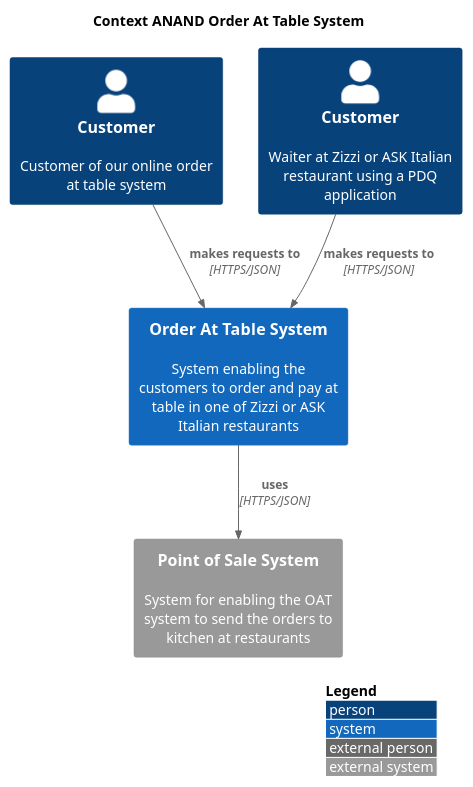
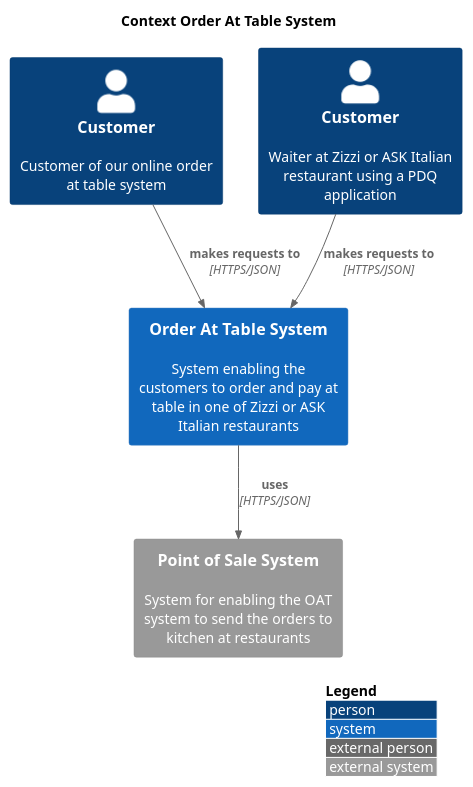
Before and after one commit to anandakumarpalanisamy/css-recipes: the diagram in uml/oatcontext2.puml, drawn with PlantUML.

```diff
--- a/uml/oatcontext2.puml
+++ b/uml/oatcontext2.puml
@@ -3,17 +3,17 @@
 @startuml
 !include https://raw.githubusercontent.com/plantuml-stdlib/C4-PlantUML/master/C4_Context.puml
 
 LAYOUT_WITH_LEGEND()
 
-title Context ANAND Order At Table System
+title Context Order At Table System
 
 Person(ecommCustomer, Customer, "Customer of our online order at table system")
 Person(pdqWaiter, Customer, "Waiter at Zizzi or ASK Italian restaurant using a PDQ application")
 System(oat, "Order At Table System", "System enabling the customers to order and pay at table in one of Zizzi or ASK Italian restaurants")
 System_Ext(comtrex, "Point of Sale System", "System for enabling the OAT system to send the orders to kitchen at restaurants")
 
 Rel(ecommCustomer, oat, "makes requests to", "HTTPS/JSON")
 Rel(pdqWaiter, oat, "makes requests to", "HTTPS/JSON")
 Rel(oat, comtrex, "uses", "HTTPS/JSON")
 
 @enduml
```
